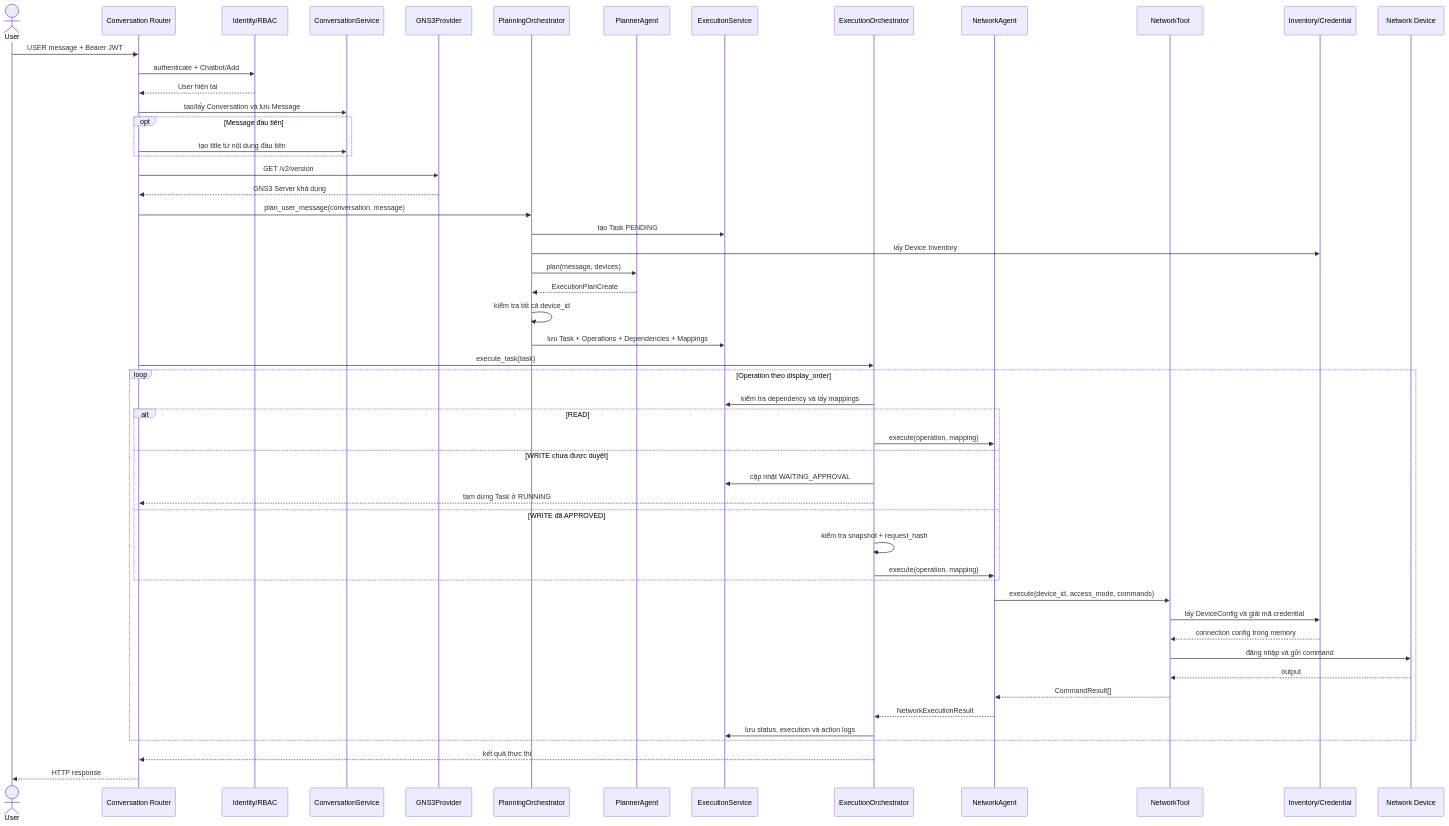
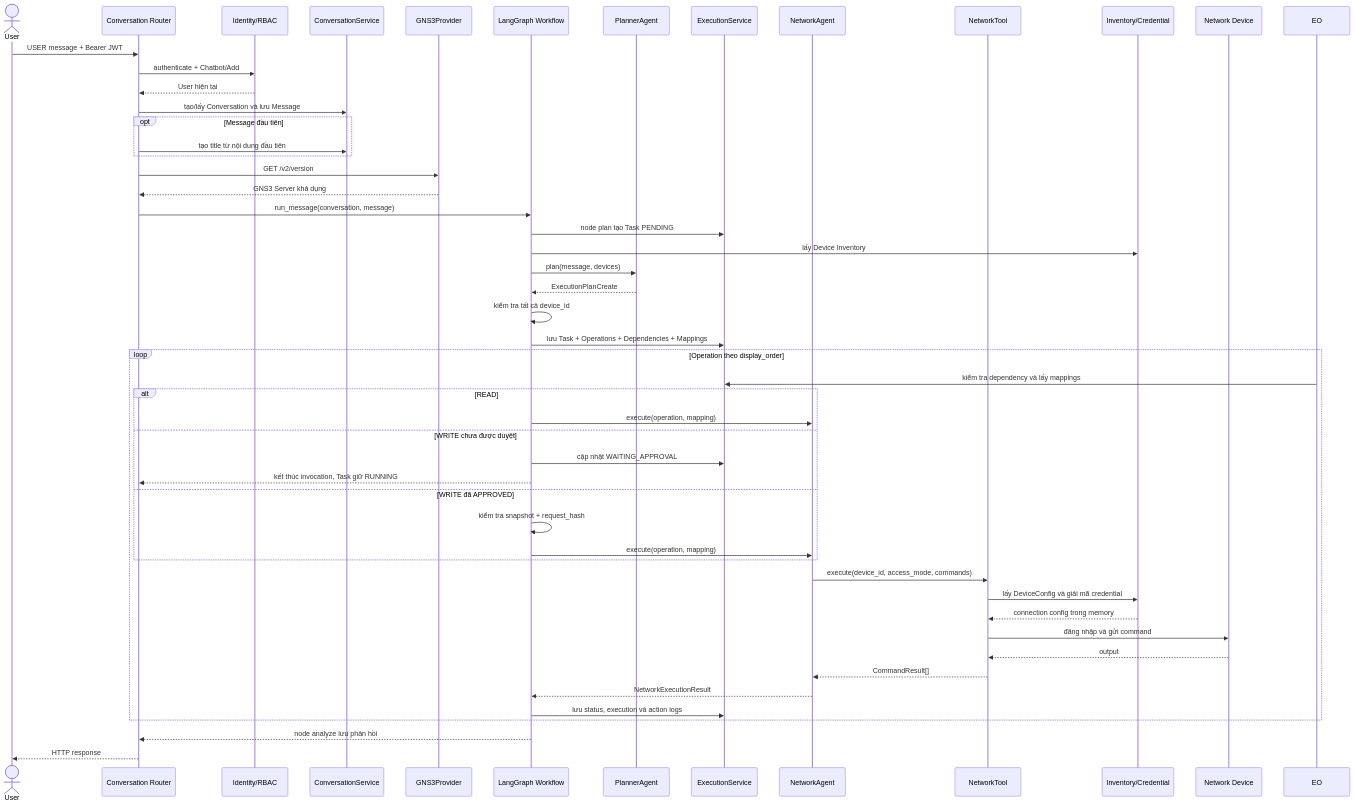
One commit to mujin0422/network-multi-agent-system-backend changed the diagram in docs/end-to-end-ai-request-execution-flow.md. Above: the diagram before and after it, drawn with Mermaid. The commit also changed other lines of this file and 5 other files, not shown here.

````diff
--- a/docs/end-to-end-ai-request-execution-flow.md
+++ b/docs/end-to-end-ai-request-execution-flow.md
@@ -90,56 +90,54 @@
 ```mermaid
 sequenceDiagram
     actor U as User
     participant API as Conversation Router
     participant ID as Identity/RBAC
     participant CS as ConversationService
     participant G as GNS3Provider
-    participant PO as PlanningOrchestrator
+    participant LG as LangGraph Workflow
     participant PA as PlannerAgent
     participant ES as ExecutionService
-    participant EO as ExecutionOrchestrator
     participant NA as NetworkAgent
     participant NT as NetworkTool
     participant IR as Inventory/Credential
     participant D as Network Device
 
     U->>API: USER message + Bearer JWT
     API->>ID: authenticate + Chatbot/Add
     ID-->>API: User hiện tại
     API->>CS: tạo/lấy Conversation và lưu Message
     opt Message đầu tiên
         API->>CS: tạo title từ nội dung đầu tiên
     end
     API->>G: GET /v2/version
     G-->>API: GNS3 Server khả dụng
-    API->>PO: plan_user_message(conversation, message)
-    PO->>ES: tạo Task PENDING
-    PO->>IR: lấy Device Inventory
-    PO->>PA: plan(message, devices)
-    PA-->>PO: ExecutionPlanCreate
-    PO->>PO: kiểm tra tất cả device_id
-    PO->>ES: lưu Task + Operations + Dependencies + Mappings
-    API->>EO: execute_task(task)
+    API->>LG: run_message(conversation, message)
+    LG->>ES: node plan tạo Task PENDING
+    LG->>IR: lấy Device Inventory
+    LG->>PA: plan(message, devices)
+    PA-->>LG: ExecutionPlanCreate
+    LG->>LG: kiểm tra tất cả device_id
+    LG->>ES: lưu Task + Operations + Dependencies + Mappings
     loop Operation theo display_order
         EO->>ES: kiểm tra dependency và lấy mappings
         alt READ
-            EO->>NA: execute(operation, mapping)
+            LG->>NA: execute(operation, mapping)
         else WRITE chưa được duyệt
-            EO->>ES: cập nhật WAITING_APPROVAL
-            EO-->>API: tạm dừng Task ở RUNNING
+            LG->>ES: cập nhật WAITING_APPROVAL
+            LG-->>API: kết thúc invocation, Task giữ RUNNING
         else WRITE đã APPROVED
-            EO->>EO: kiểm tra snapshot + request_hash
-            EO->>NA: execute(operation, mapping)
+            LG->>LG: kiểm tra snapshot + request_hash
+            LG->>NA: execute(operation, mapping)
         end
         NA->>NT: execute(device_id, access_mode, commands)
         NT->>IR: lấy DeviceConfig và giải mã credential
         IR-->>NT: connection config trong memory
         NT->>D: đăng nhập và gửi command
         D-->>NT: output
         NT-->>NA: CommandResult[]
-        NA-->>EO: NetworkExecutionResult
-        EO->>ES: lưu status, execution và action logs
+        NA-->>LG: NetworkExecutionResult
+        LG->>ES: lưu status, execution và action logs
     end
-    EO-->>API: kết quả thực thi
+    LG-->>API: node analyze lưu phản hồi
     API-->>U: HTTP response
 ```
````
